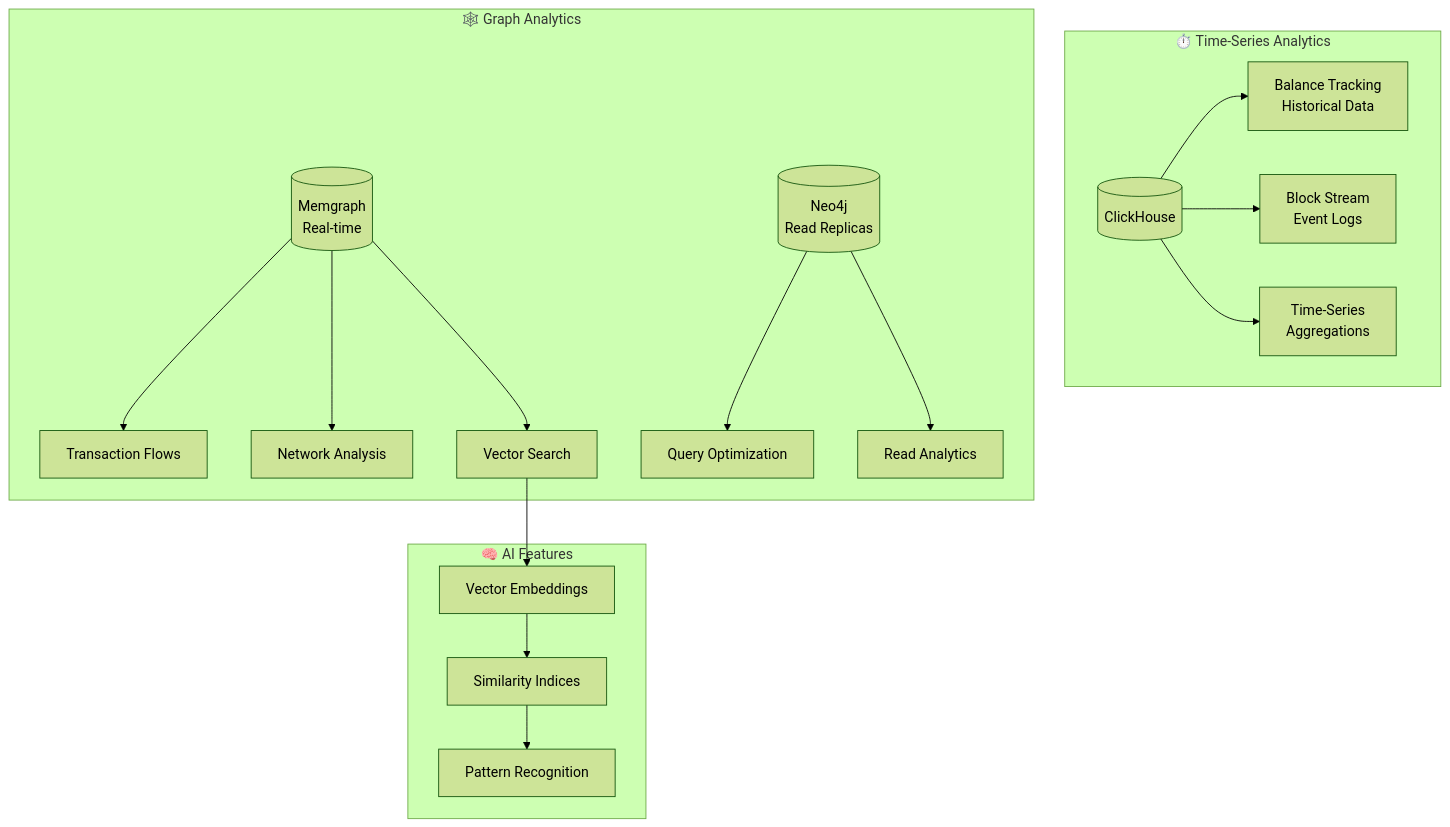
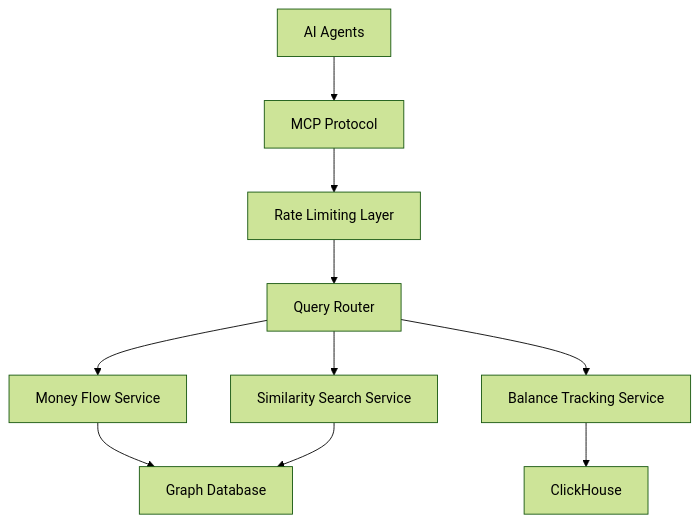
The second of 2 diagrams in README.md (chainswarm/chainswarm), drawn with Mermaid (forest theme) before and after one commit. The commit also changed other lines of this file, not shown here.

````diff
--- a/README.md
+++ b/README.md
@@ -178,31 +136,12 @@
 ```mermaid
 graph TB
-    subgraph "⏱️ Time-Series Analytics"
-        CH[(ClickHouse)]
-        CH --> BT[Balance Tracking<br/>Historical Data]
-        CH --> BS[Block Stream<br/>Event Logs]
-        CH --> TS[Time-Series<br/>Aggregations]
-    end
-    
-    subgraph "🕸️ Graph Analytics"
-        MG[(Memgraph<br/>Real-time)]
-        N4[(Neo4j<br/>Read Replicas)]
-        
-        MG --> TF[Transaction Flows]
-        MG --> NA[Network Analysis]
-        MG --> VS[Vector Search]
-        
-        N4 --> QO[Query Optimization]
-        N4 --> RA[Read Analytics]
-    end
-    
-    subgraph "🧠 AI Features"
-        EMB[Vector Embeddings]
-        SIM[Similarity Indices]
-        PAT[Pattern Recognition]
-    end
-    
-    VS --> EMB
-    EMB --> SIM
-    SIM --> PAT
+    A[AI Agents] --> B[MCP Protocol]
+    B --> C[Rate Limiting Layer]
+    C --> D[Query Router]
+    D --> E[Money Flow Service]
+    D --> F[Balance Tracking Service]
+    D --> G[Similarity Search Service]
+    E --> H[Graph Database]
+    F --> I[ClickHouse]
+    G --> H
 ```
````
